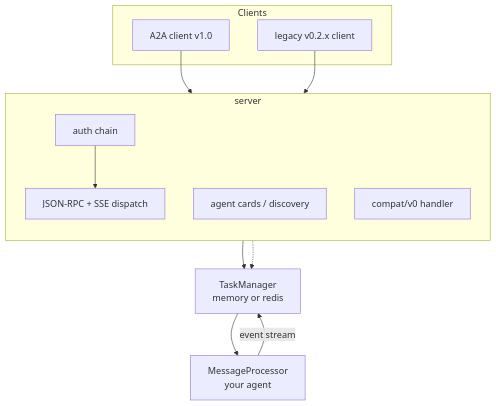
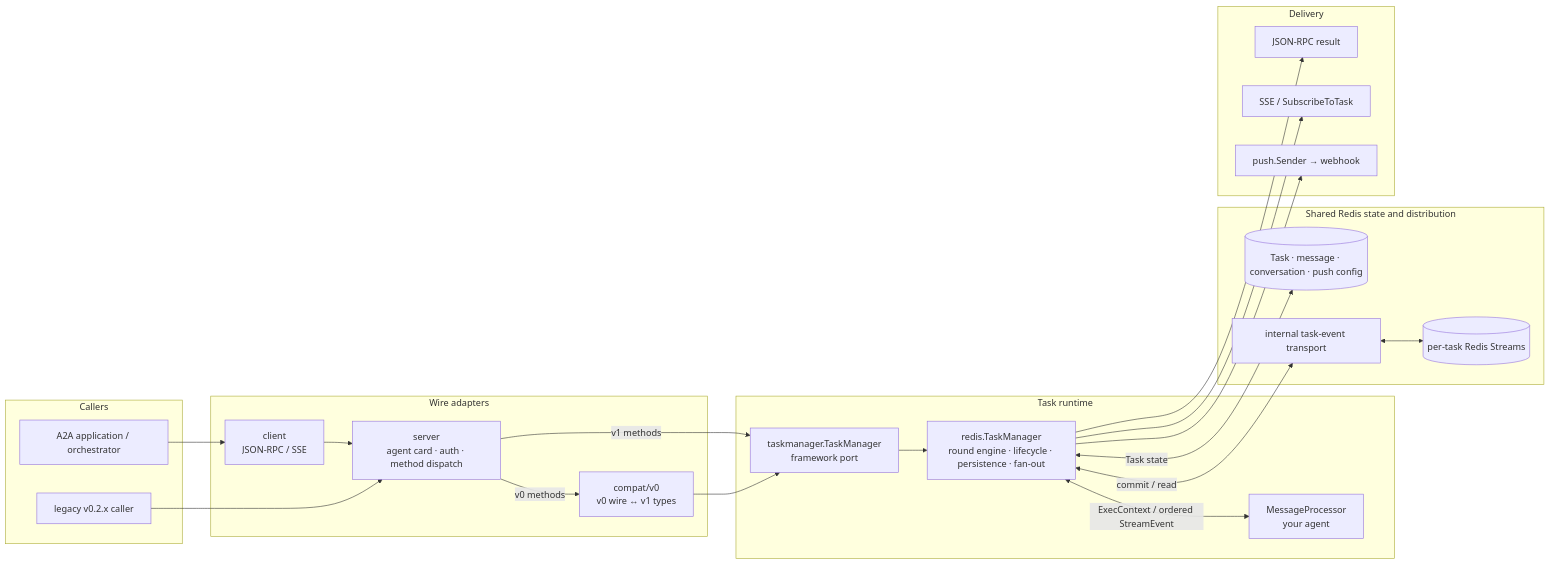
Before and after one commit to trpc-group/trpc-a2a-go: the first of 2 diagrams in docs/mkdocs/en/overview.md, drawn with Mermaid. The commit also changed other lines of this file and 3 other files, not shown here.

Commit message:
docs: add architecture and Redis resubscribe diagrams

````diff
--- a/docs/mkdocs/en/overview.md
+++ b/docs/mkdocs/en/overview.md
@@ -32,24 +37,44 @@
 ```mermaid
-flowchart TB
-    subgraph clients["Clients"]
-        C1["A2A client v1.0"]
-        C2["legacy v0.2.x client"]
+flowchart LR
+    subgraph CALLERS["Callers"]
+        APP["A2A application / orchestrator"]
+        LEGACY["legacy v0.2.x caller"]
     end
-    subgraph server["server"]
-        direction TB
-        AUTH["auth chain"]
-        RPC["JSON-RPC + SSE dispatch"]
-        CARD["agent cards / discovery"]
-        COMPAT["compat/v0 handler"]
+
+    subgraph ADAPTERS["Wire adapters"]
+        CLIENT["client<br/>JSON-RPC / SSE"]
+        SERVER["server<br/>agent card · auth · method dispatch"]
+        COMPAT["compat/v0<br/>v0 wire ↔ v1 types"]
     end
-    TM["TaskManager<br/>memory or redis"]
-    MP["MessageProcessor<br/>your agent"]
 
-    C1 --> AUTH
-    C2 --> AUTH
-    AUTH --> RPC
-    RPC --> TM
-    COMPAT -.-> TM
-    TM --> MP
-    MP -- "event stream" --> TM
+    subgraph RUNTIME["Task runtime"]
+        PORT["taskmanager.TaskManager<br/>framework port"]
+        RT["redis.TaskManager<br/>round engine · lifecycle · persistence · fan-out"]
+        MP["MessageProcessor<br/>your agent"]
+    end
+
+    subgraph STATE["Shared Redis state and distribution"]
+        STORE[("Task · message · conversation · push config")]
+        TRANSPORT["internal task-event transport"]
+        STREAMS[("per-task Redis Streams")]
+    end
+
+    subgraph DELIVERY["Delivery"]
+        UNARY["JSON-RPC result"]
+        SSE["SSE / SubscribeToTask"]
+        PUSH["push.Sender → webhook"]
+    end
+
+    APP --> CLIENT --> SERVER
+    LEGACY --> SERVER
+    SERVER -->|"v1 methods"| PORT
+    SERVER -->|"v0 methods"| COMPAT --> PORT
+    PORT --> RT
+    RT <-->|"ExecContext / ordered StreamEvent"| MP
+    RT <-->|"Task state"| STORE
+    RT <-->|"commit / read"| TRANSPORT
+    TRANSPORT <--> STREAMS
+    RT --> UNARY
+    RT --> SSE
+    RT --> PUSH
 ```
````
